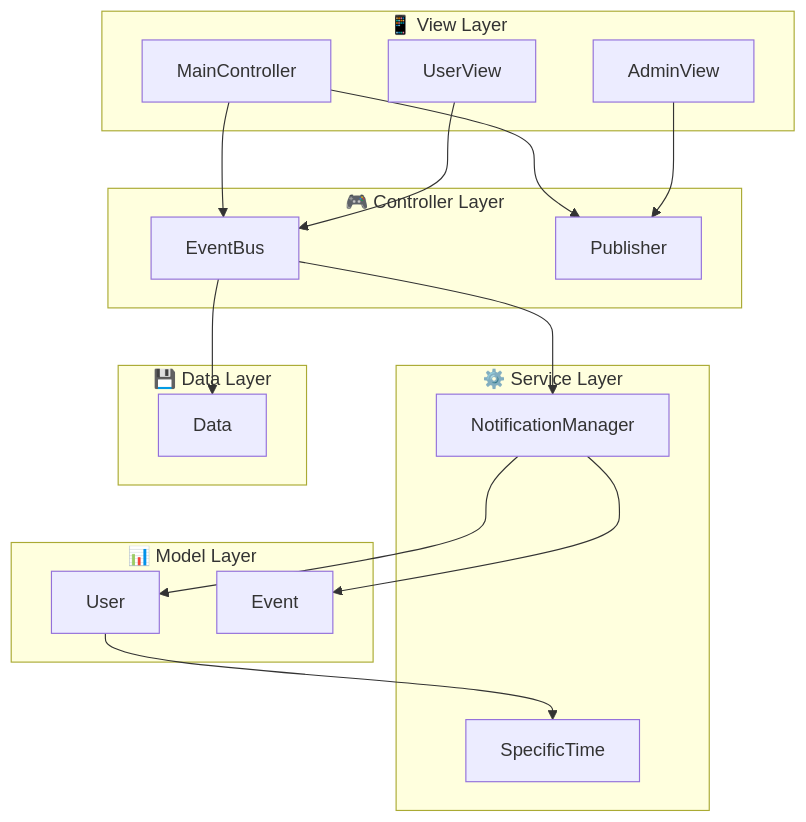
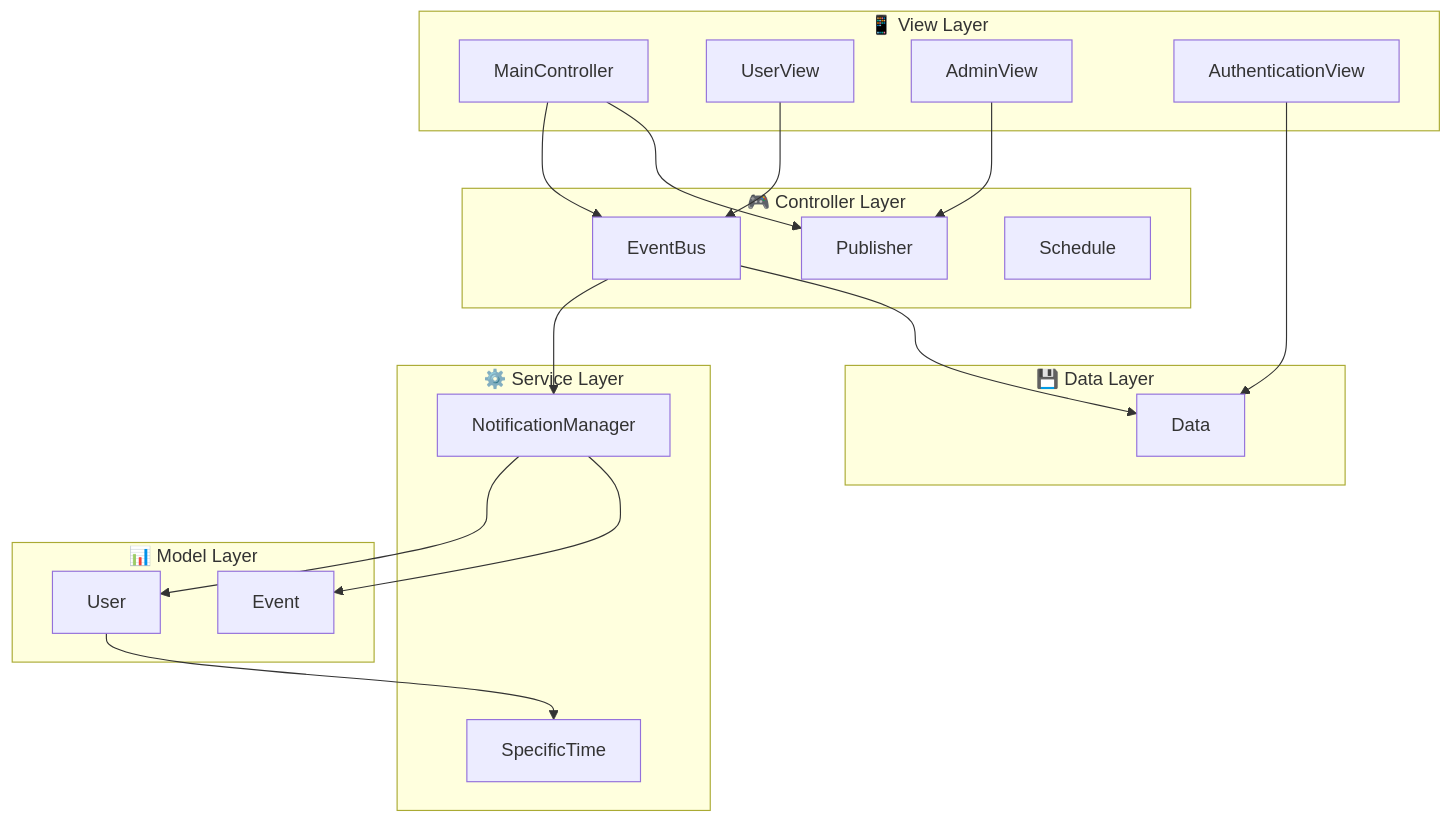
Before and after one commit to Tojan-Naiem/DesignPattern-Project-1: the seventh of 7 diagrams in README.md, drawn with Mermaid. The commit also changed other lines of this file, not shown here.

````diff
--- a/README.md
+++ b/README.md
@@ -201,38 +255,40 @@
 ```mermaid
 graph TB
     subgraph "📱 View Layer"
         MC[MainController]
         UV[UserView]
         AV[AdminView]
+        AU[AuthenticationView]
     end
     
     subgraph "🎮 Controller Layer"
         EB[EventBus]
         PUB[Publisher]
+        SCH[Schedule]
     end
     
     subgraph "⚙️ Service Layer"
         NM[NotificationManager]
         ST[SpecificTime]
     end
     
     subgraph "📊 Model Layer"
         U[User]
         E[Event]
     end
     
     subgraph "💾 Data Layer"
         D[Data]
     end
 
-    %% Cross-layer connections
     MC --> EB
     MC --> PUB
     UV --> EB
     AV --> PUB
     EB --> NM
     EB --> D
+    AU --> D
     U --> ST
     NM --> U
     NM --> E
 ```
````
